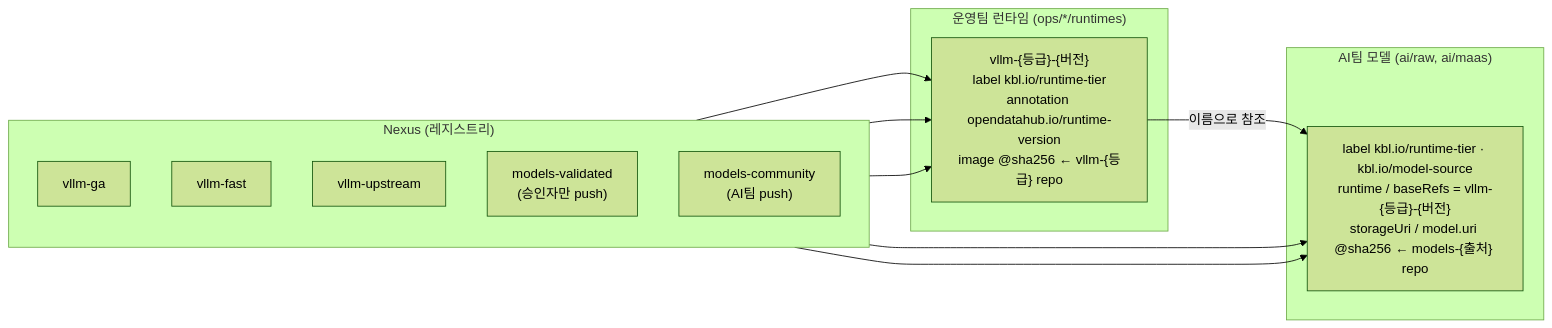
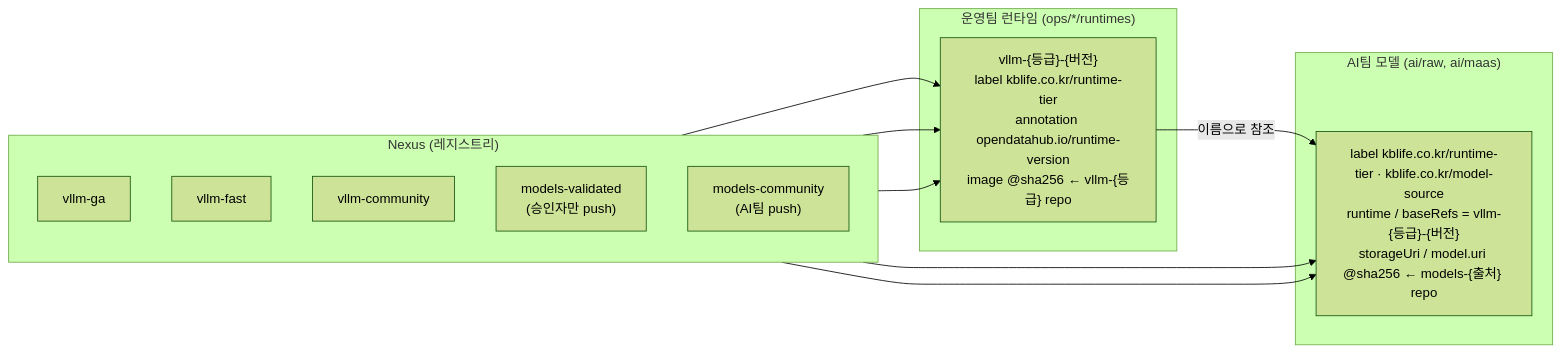
The second of 5 diagrams in kbl-ai-gitops.md (edwin-noh/rhoai-serving-gitops), drawn with Mermaid (forest theme) before and after one commit. The commit also changed other lines of this file and 19 other files, not shown here.

First line of the commit message:
Label prefix kbl.io/ -> kblife.co.kr/; runtime tiers ga|fast|community

````diff
--- a/kbl-ai-gitops.md
+++ b/kbl-ai-gitops.md
@@ -138,20 +138,20 @@
 ```mermaid
 flowchart LR
   subgraph NX["Nexus (레지스트리)"]
     direction TB
     VGA["vllm-ga"]
     VFA["vllm-fast"]
-    VUP["vllm-upstream"]
+    VUP["vllm-community"]
     MV["models-validated<br/>(승인자만 push)"]
     MC["models-community<br/>(AI팀 push)"]
   end
   subgraph OPSR["운영팀 런타임 (ops/*/runtimes)"]
-    RT["vllm-{등급}-{버전}<br/>label kbl.io/runtime-tier<br/>annotation opendatahub.io/runtime-version<br/>image @sha256 ← vllm-{등급} repo"]
+    RT["vllm-{등급}-{버전}<br/>label kblife.co.kr/runtime-tier<br/>annotation opendatahub.io/runtime-version<br/>image @sha256 ← vllm-{등급} repo"]
   end
   subgraph AIM["AI팀 모델 (ai/raw, ai/maas)"]
-    MD["label kbl.io/runtime-tier · kbl.io/model-source<br/>runtime / baseRefs = vllm-{등급}-{버전}<br/>storageUri / model.uri @sha256 ← models-{출처} repo"]
+    MD["label kblife.co.kr/runtime-tier · kblife.co.kr/model-source<br/>runtime / baseRefs = vllm-{등급}-{버전}<br/>storageUri / model.uri @sha256 ← models-{출처} repo"]
   end
   VGA & VFA & VUP --> RT
   MV & MC --> MD
   RT -->|이름으로 참조| MD
 ```
````
